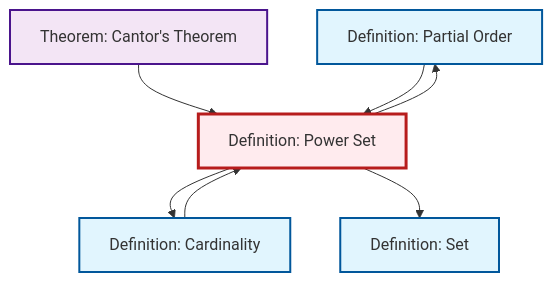
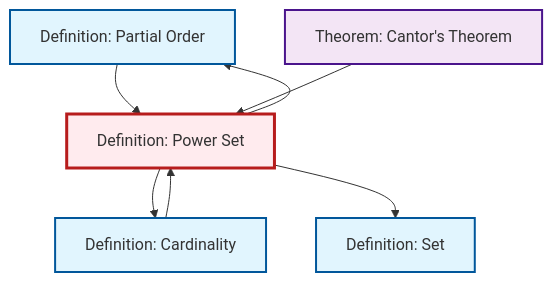
Before and after one commit to RK0429/ModernMath: the second of 2 diagrams in content/en/logic-set-theory/def-power-set.qmd, drawn with Mermaid. The commit also changed other lines of this file and 619 other files, not shown here.

````diff
--- a/content/en/logic-set-theory/def-power-set.qmd
+++ b/content/en/logic-set-theory/def-power-set.qmd
@@ -69,25 +69,25 @@
 ```{mermaid}
 %%| fig-cap: "Local dependency graph"
 graph TD
     classDef definition fill:#e1f5fe,stroke:#01579b,stroke-width:2px
     classDef theorem fill:#f3e5f5,stroke:#4a148c,stroke-width:2px
     classDef axiom fill:#fff3e0,stroke:#e65100,stroke-width:2px
     classDef example fill:#e8f5e9,stroke:#1b5e20,stroke-width:2px
     classDef current fill:#ffebee,stroke:#b71c1c,stroke-width:3px
+    def-set["Definition: Set"]:::definition
     def-partial-order["Definition: Partial Order"]:::definition
+    def-power-set["Definition: Power Set"]:::definition
     def-cardinality["Definition: Cardinality"]:::definition
-    def-set["Definition: Set"]:::definition
     thm-cantor["Theorem: Cantor's Theorem"]:::theorem
-    def-power-set["Definition: Power Set"]:::definition
+    def-cardinality --> def-power-set
+    def-partial-order --> def-power-set
+    def-power-set --> def-cardinality
     thm-cantor --> def-power-set
-    def-power-set --> def-cardinality
+    def-power-set --> def-set
     def-power-set --> def-partial-order
-    def-partial-order --> def-power-set
-    def-cardinality --> def-power-set
-    def-power-set --> def-set
     class def-power-set current
+    click def-set "def-set.html" "Go to Set definition"
     click def-partial-order "def-partial-order.html" "Go to Partial Order definition"
     click def-cardinality "def-cardinality.html" "Go to Cardinality definition"
-    click def-set "def-set.html" "Go to Set definition"
     click thm-cantor "thm-cantor.html" "Go to Cantor's Theorem theorem"
 ```
````
